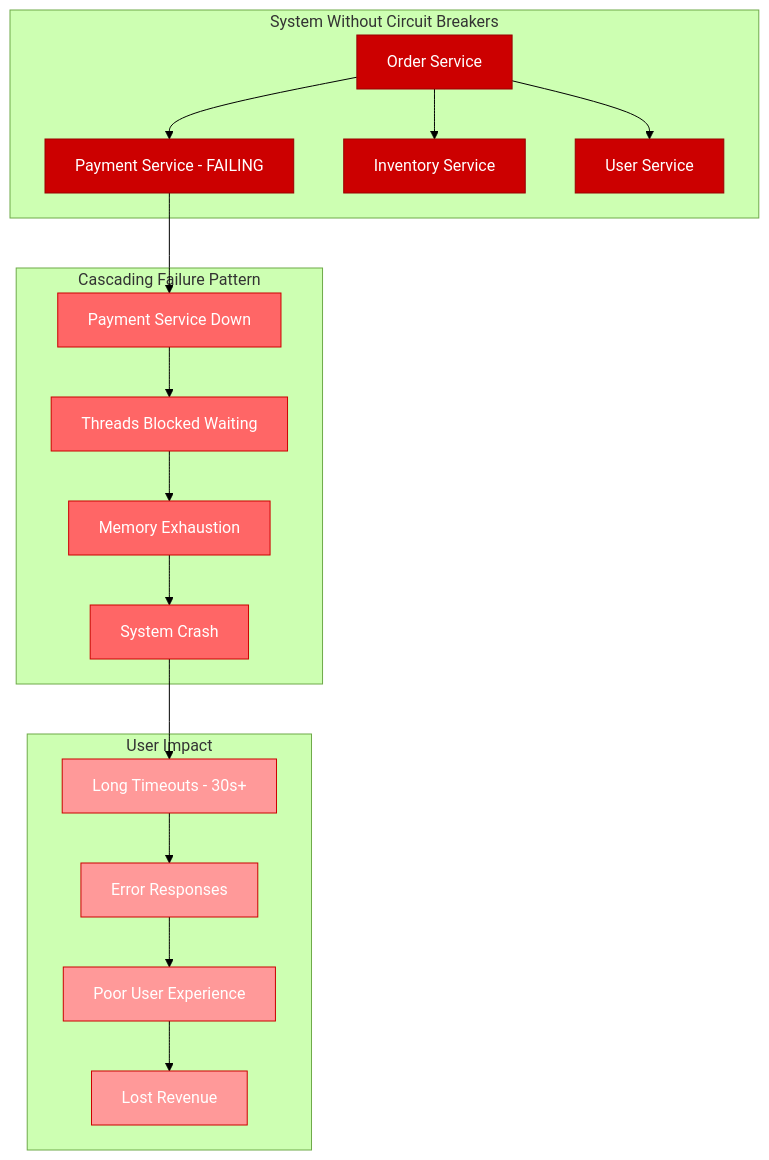
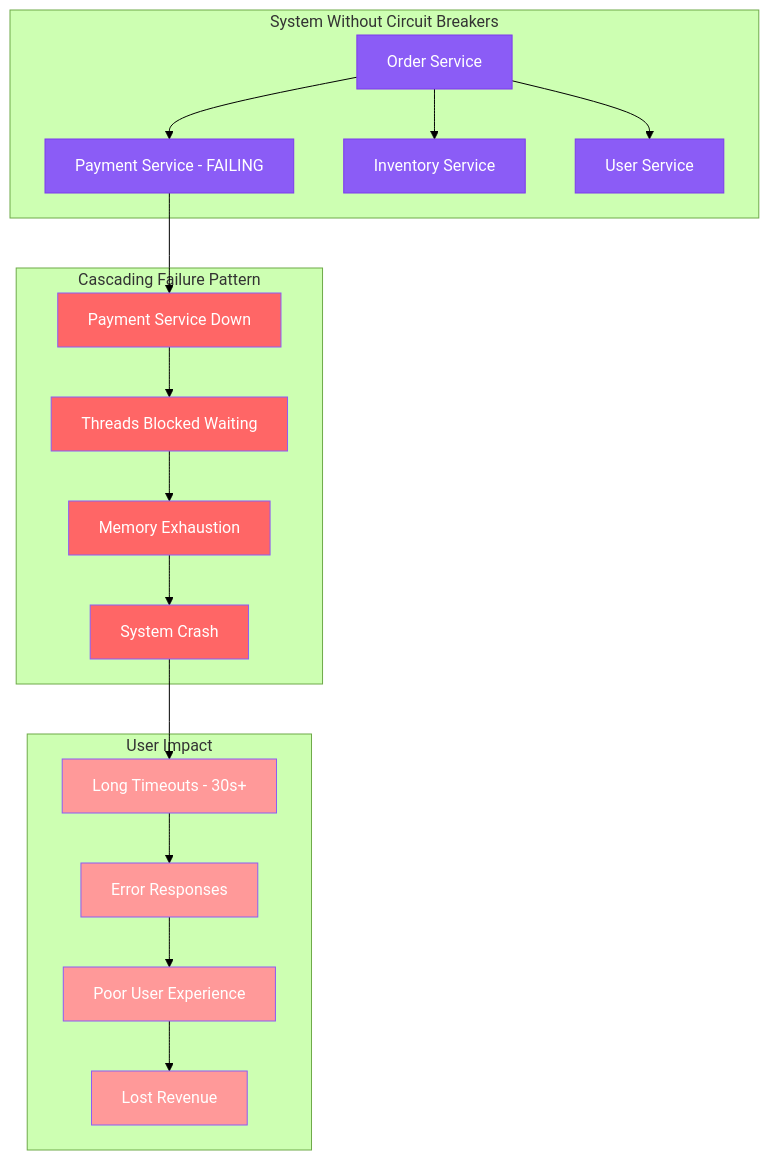
One commit to deepaucksharma/DS changed diagram 11 of 13 in site/docs/examples/pitfalls.md. Above: the diagram before and after it, drawn with Mermaid (forest theme). The commit also changed other lines of this file and 303 other files, not shown here.

````diff
--- a/site/docs/examples/pitfalls.md
+++ b/site/docs/examples/pitfalls.md
@@ -555,45 +555,45 @@
 ```mermaid
 graph TB
     subgraph System[System Without Circuit Breakers]
         ORDER_SVC[Order Service]
         PAYMENT_SVC[Payment Service - FAILING]
         INVENTORY_SVC[Inventory Service]
         USER_SVC[User Service]
     end
 
     subgraph CascadingFailure[Cascading Failure Pattern]
         PAYMENT_DOWN[Payment Service Down]
         THREADS_BLOCKED[Threads Blocked Waiting]
         MEMORY_EXHAUSTED[Memory Exhaustion]
         SYSTEM_CRASH[System Crash]
     end
 
     subgraph UserImpact[User Impact]
         LONG_TIMEOUTS[Long Timeouts - 30s+]
         ERROR_RESPONSES[Error Responses]
         POOR_EXPERIENCE[Poor User Experience]
         LOST_REVENUE[Lost Revenue]
     end
 
     ORDER_SVC --> PAYMENT_SVC
     ORDER_SVC --> INVENTORY_SVC
     ORDER_SVC --> USER_SVC
 
     PAYMENT_SVC --> PAYMENT_DOWN
     PAYMENT_DOWN --> THREADS_BLOCKED
     THREADS_BLOCKED --> MEMORY_EXHAUSTED
     MEMORY_EXHAUSTED --> SYSTEM_CRASH
 
     SYSTEM_CRASH --> LONG_TIMEOUTS
     LONG_TIMEOUTS --> ERROR_RESPONSES
     ERROR_RESPONSES --> POOR_EXPERIENCE
     POOR_EXPERIENCE --> LOST_REVENUE
 
-    classDef systemStyle fill:#CC0000,stroke:#990000,color:#fff
-    classDef failureStyle fill:#FF6666,stroke:#CC0000,color:#fff
-    classDef impactStyle fill:#FF9999,stroke:#CC0000,color:#fff
+    classDef systemStyle fill:#8B5CF6,stroke:#7C3AED,color:#fff
+    classDef failureStyle fill:#FF6666,stroke:#8B5CF6,color:#fff
+    classDef impactStyle fill:#FF9999,stroke:#8B5CF6,color:#fff
 
     class ORDER_SVC,PAYMENT_SVC,INVENTORY_SVC,USER_SVC systemStyle
     class PAYMENT_DOWN,THREADS_BLOCKED,MEMORY_EXHAUSTED,SYSTEM_CRASH failureStyle
     class LONG_TIMEOUTS,ERROR_RESPONSES,POOR_EXPERIENCE,LOST_REVENUE impactStyle
 ```
````
